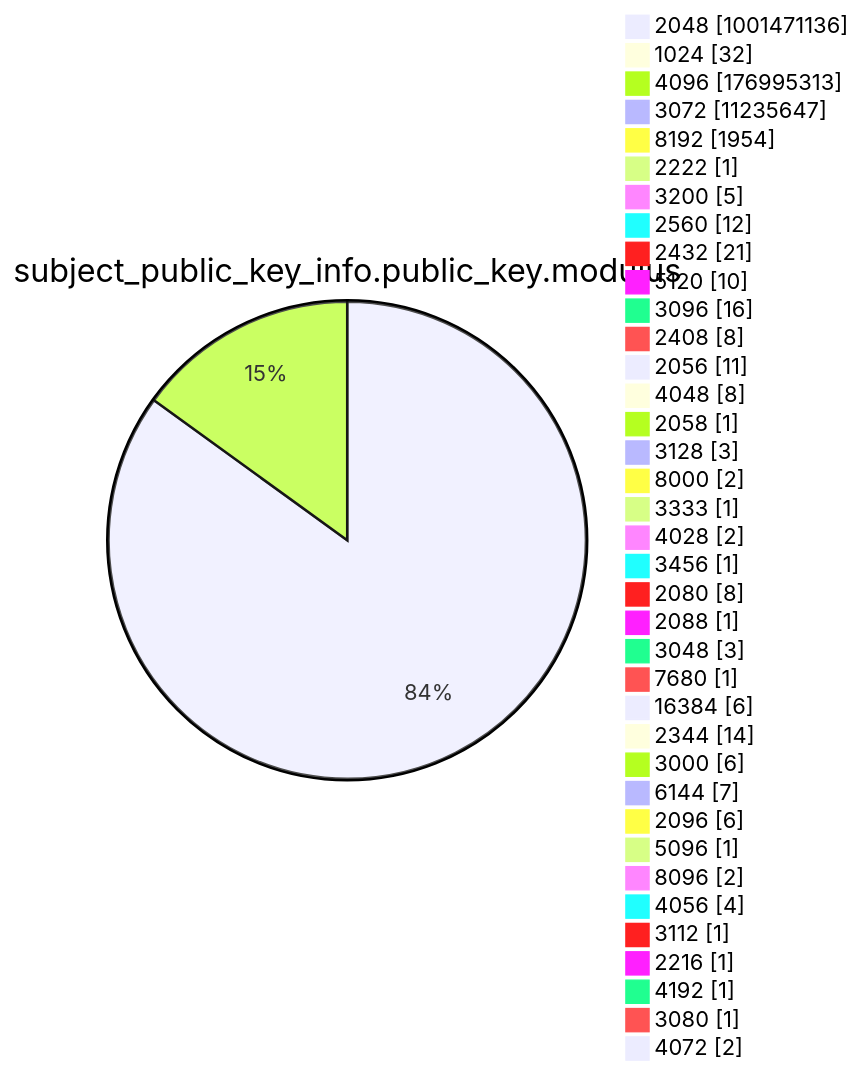
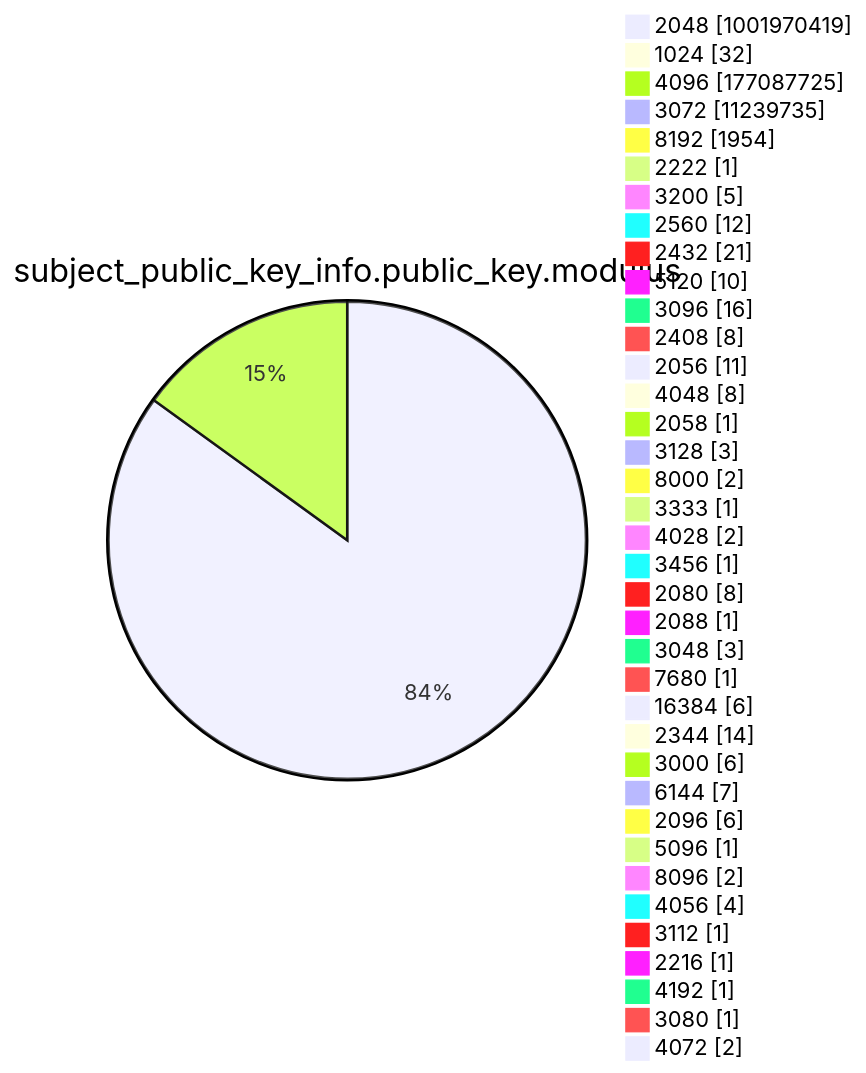
Diagram 13 of 15 in argon2022/README.md (christiankrug/ctmonitor_visualization), drawn with Mermaid before and after one commit. The commit also changed other lines of this file, not shown here.

````diff
--- a/argon2022/README.md
+++ b/argon2022/README.md
@@ -3587,41 +3587,41 @@
 ```mermaid
 pie showData
 title subject_public_key_info.public_key.modulus
-"2048" :1001471136
+"2048" :1001970419
 "1024" :32
-"4096" :176995313
-"3072" :11235647
+"4096" :177087725
+"3072" :11239735
 "8192" :1954
 "2222" :1
 "3200" :5
 "2560" :12
 "2432" :21
 "5120" :10
 "3096" :16
 "2408" :8
 "2056" :11
 "4048" :8
 "2058" :1
 "3128" :3
 "8000" :2
 "3333" :1
 "4028" :2
 "3456" :1
 "2080" :8
 "2088" :1
 "3048" :3
 "7680" :1
 "16384" :6
 "2344" :14
 "3000" :6
 "6144" :7
 "2096" :6
 "5096" :1
 "8096" :2
 "4056" :4
 "3112" :1
 "2216" :1
 "4192" :1
 "3080" :1
 "4072" :2
 ```
````
